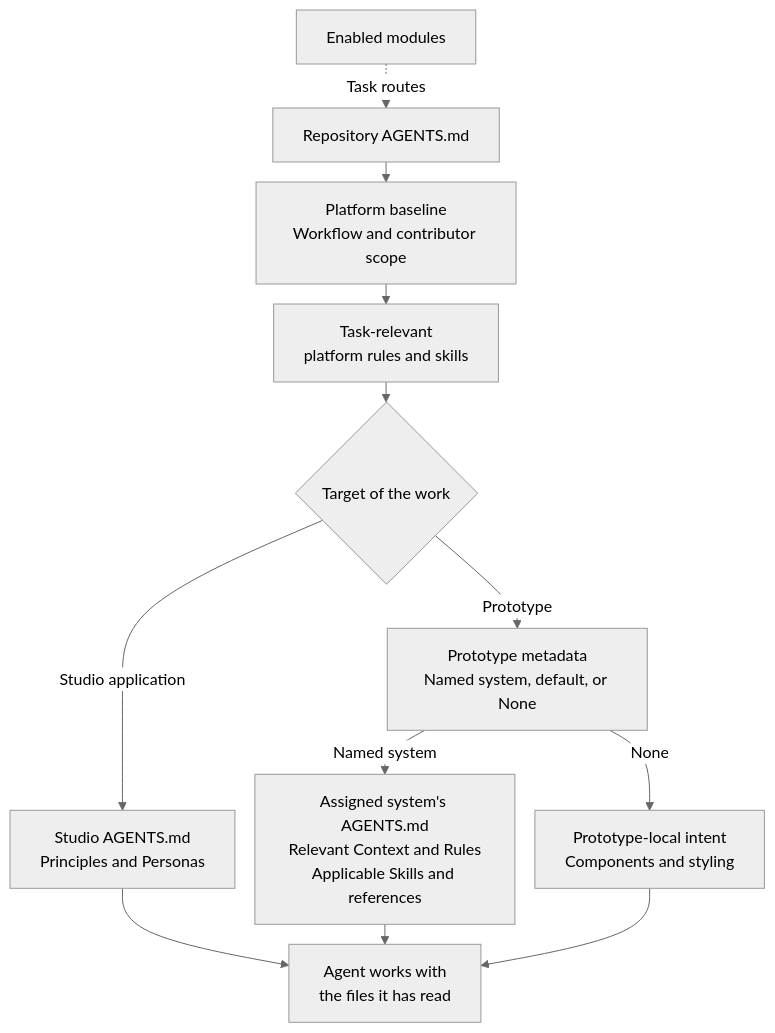
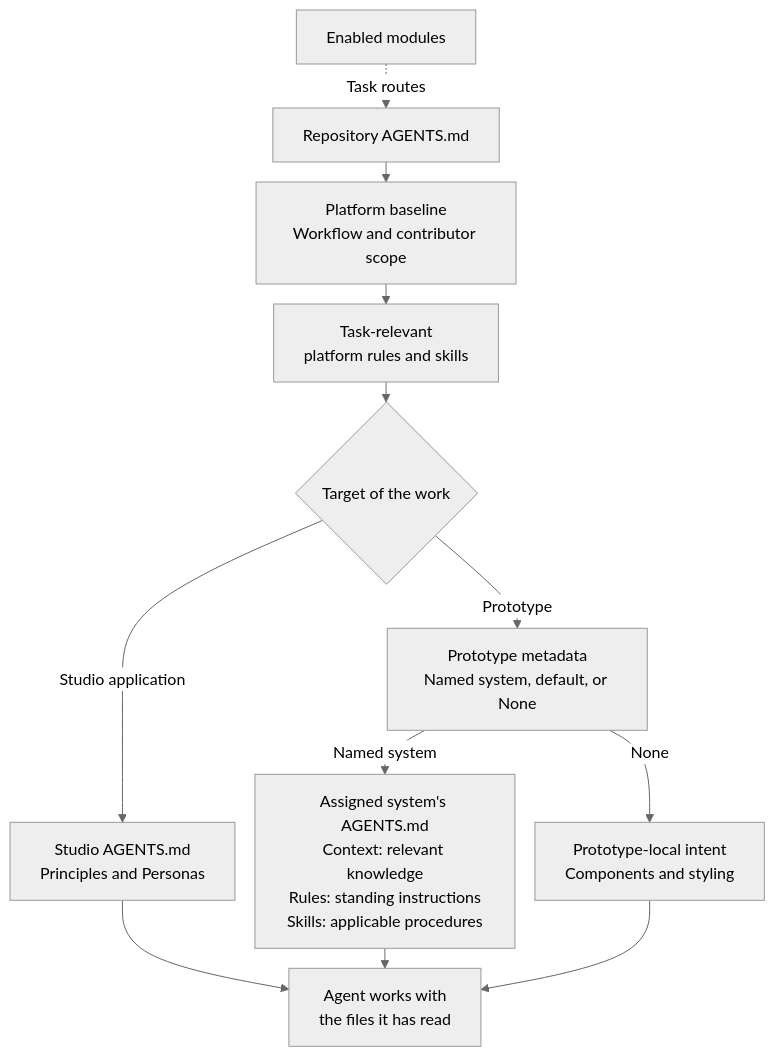
One commit to itspatmorgan/design-studio-starter changed the diagram in src/modules/documentation/pages/agent-context.md. Above: the diagram before and after it, drawn with Mermaid (neutral theme). The commit also changed 4 other files, not shown here.

Commit message:
Move draft system diagrams into the Guide

````diff
--- a/src/modules/documentation/pages/agent-context.md
+++ b/src/modules/documentation/pages/agent-context.md
@@ -15,17 +15,17 @@
 ```mermaid
 %%{init: {"flowchart": {"nodeSpacing": 20, "rankSpacing": 20}}}%%
 flowchart TD
   accTitle: How an agent finds the right context
   accDescr: Enabled modules contribute task routes to repository instructions. Every task retains platform workflow and scope rules, then relevant task rules and skills. Application work reads Studio context. Prototype metadata resolves a named system or None. A named system supplies relevant context, rules, and skills; None uses local intent and styling.
   modules[Enabled modules] -. Task routes .-> root[Repository AGENTS.md]
   root --> baseline[Platform baseline<br/>Workflow and contributor scope]
   baseline --> task[Task-relevant<br/>platform rules and skills]
   task --> target{Target of the work}
   target -->|Studio application| studio[Studio AGENTS.md<br/>Principles and Personas]
   target -->|Prototype| resolve[Prototype metadata<br/>Named system, default, or None]
-  resolve -->|Named system| entry[Assigned system's AGENTS.md<br/>Relevant Context and Rules<br/>Applicable Skills and references]
+  resolve -->|Named system| entry[Assigned system's AGENTS.md<br/>Context: relevant knowledge<br/>Rules: standing instructions<br/>Skills: applicable procedures]
   resolve -->|None| local[Prototype-local intent<br/>Components and styling]
   studio --> work[Agent works with<br/>the files it has read]
   entry --> work
   local --> work
 ```
````
